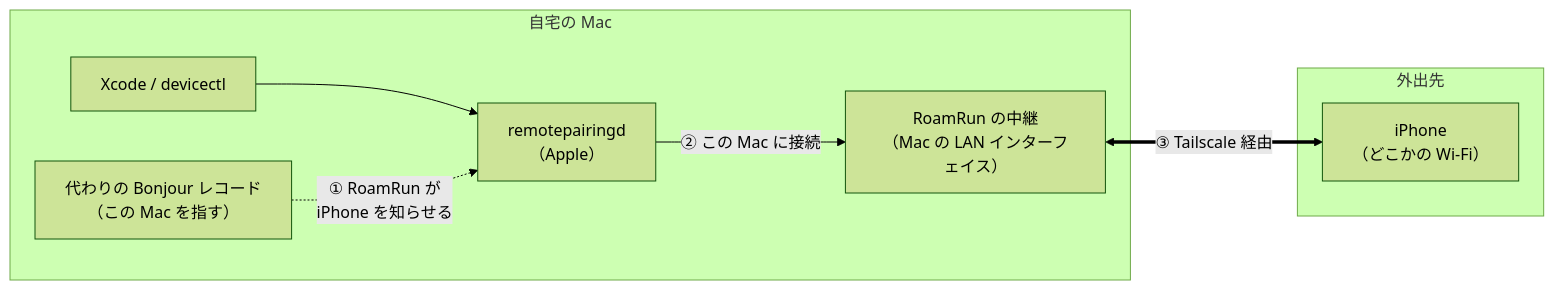
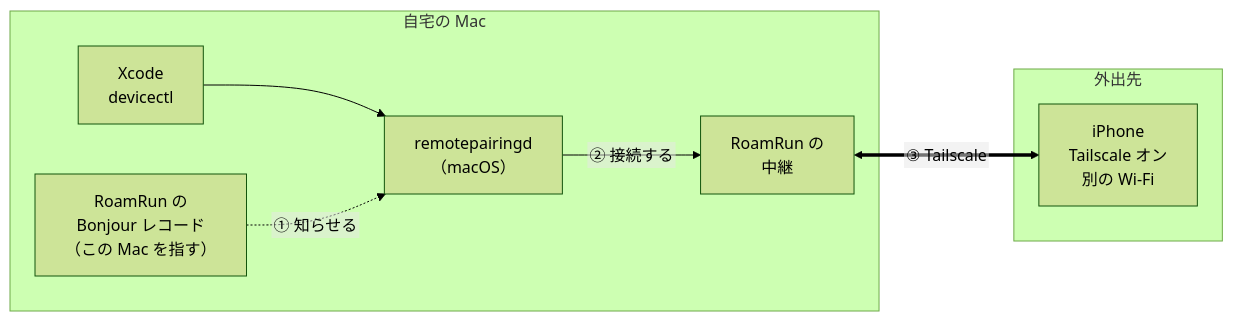
One commit to mh-mobile/RoamRun changed the first of 3 diagrams in docs/how-it-works.ja.md. Above: the diagram before and after it, drawn with Mermaid (forest theme). The commit also changed 3 other files, not shown here.

First line of the commit message:
README, How it works: one and the same first diagram

````diff
--- a/docs/how-it-works.ja.md
+++ b/docs/how-it-works.ja.md
@@ -15,14 +15,13 @@
 ```mermaid
+%%{init: {"flowchart": {"htmlLabels": false}}}%%
 flowchart LR
   subgraph mac["自宅の Mac"]
-    xcode["Xcode / devicectl"] --> rpd["remotepairingd<br/>（Apple）"]
-    fake["代わりの Bonjour レコード<br/>（この Mac を指す）"]
-    relay["RoamRun の中継<br/>（Mac の LAN インターフェイス）"]
+    xcode["Xcode<br/>devicectl"] --> rpd["remotepairingd<br/>（macOS）"]
+    fake["RoamRun の<br/>Bonjour レコード<br/>（この Mac を指す）"] -. "① 知らせる" .-> rpd
+    rpd -- "② 接続する" --> relay["RoamRun の<br/>中継"]
   end
   subgraph away["外出先"]
-    iphone["iPhone<br/>（どこかの Wi-Fi）"]
+    iphone["iPhone<br/>Tailscale オン<br/>別の Wi-Fi"]
   end
-  fake -. "① RoamRun が<br/>iPhone を知らせる" .-> rpd
-  rpd -- "② この Mac に接続" --> relay
-  relay <== "③ Tailscale 経由" ==> iphone
+  relay <== "③ Tailscale" ==> iphone
 ```
````
